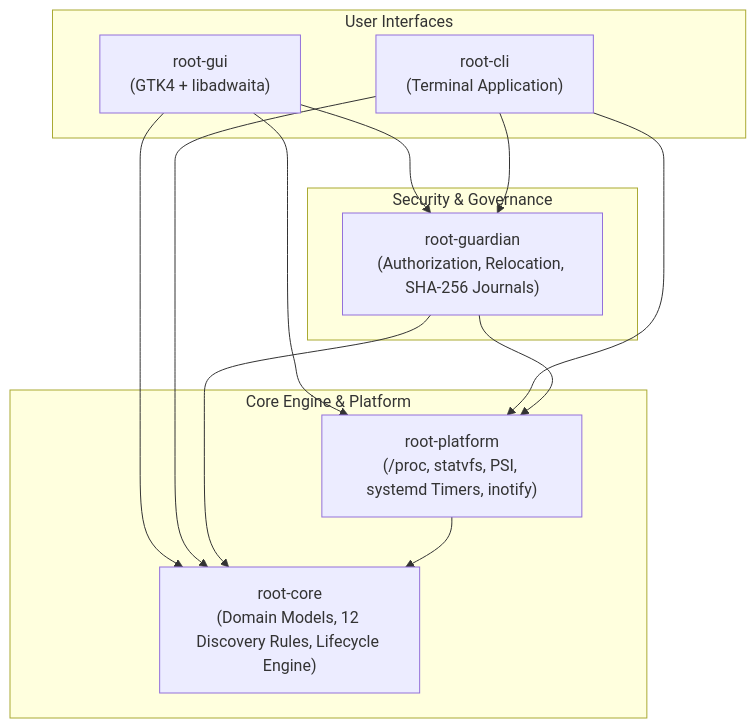
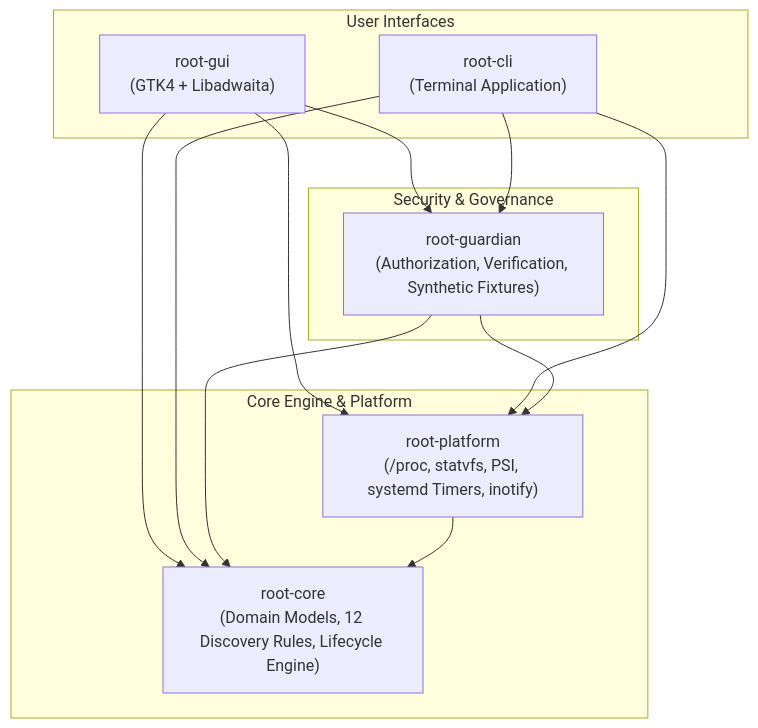
The diagram in README.md (realmadede/Root), drawn with Mermaid before and after one commit. The commit also changed other lines of this file and 27 other files, not shown here.

````diff
--- a/README.md
+++ b/README.md
@@ -41,28 +193,28 @@
 ```mermaid
 flowchart TD
     subgraph UserInterfaces["User Interfaces"]
-        GUI["root-gui<br>(GTK4 + libadwaita)"]
+        GUI["root-gui<br>(GTK4 + Libadwaita)"]
         CLI["root-cli<br>(Terminal Application)"]
     end
 
     subgraph SecurityAndPolicy["Security & Governance"]
-        Guardian["root-guardian<br>(Authorization, Relocation, SHA-256 Journals)"]
+        Guardian["root-guardian<br>(Authorization, Verification, Synthetic Fixtures)"]
     end
 
     subgraph CoreEngine["Core Engine & Platform"]
         Core["root-core<br>(Domain Models, 12 Discovery Rules, Lifecycle Engine)"]
         Platform["root-platform<br>(/proc, statvfs, PSI, systemd Timers, inotify)"]
     end
 
     GUI --> Core
     GUI --> Platform
     GUI --> Guardian
 
     CLI --> Core
     CLI --> Platform
     CLI --> Guardian
 
     Guardian --> Core
     Guardian --> Platform
     Platform --> Core
 ```
````
